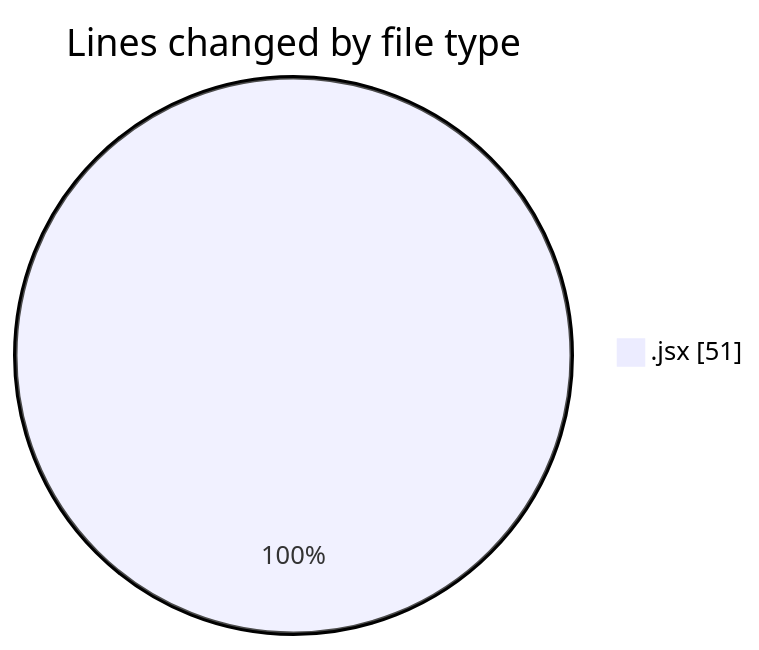
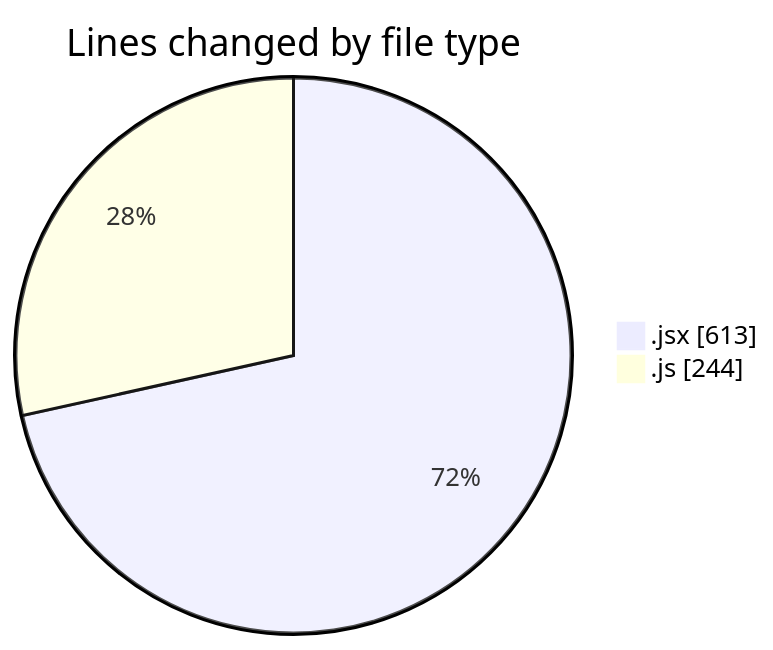
Before and after one commit to nxtqubesakshisongat/code-tracking: the first of 2 diagrams in 2025-07-30/nxtqube_webapp/README.md, drawn with Mermaid. The commit also changed other lines of this file and 1 other file, not shown here.

````diff
--- a/2025-07-30/nxtqube_webapp/README.md
+++ b/2025-07-30/nxtqube_webapp/README.md
@@ -20,5 +22,6 @@
 ```mermaid
 pie showData
 title Lines changed by file type
-".jsx" : 51
+".jsx" : 613
+".js" : 244
 ```
````
